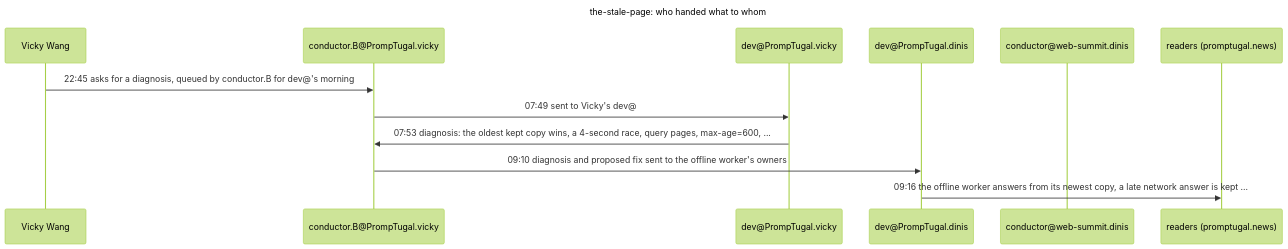
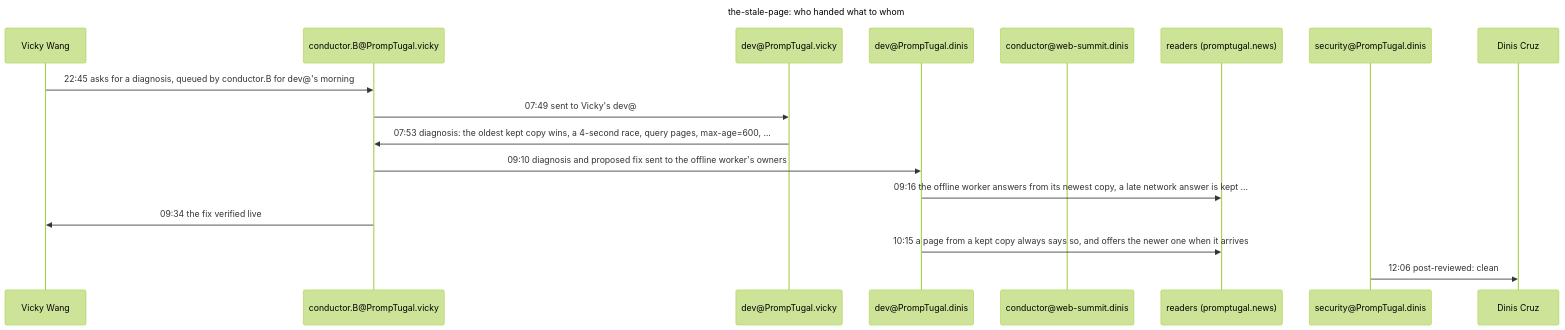
Before and after one commit to PrompTugal/PrompTugal__News__Website: the diagram in board/team/journalist.newsroom/materials/the-stale-page/the-stale-page.mmd, drawn with Mermaid (forest theme). The commit also changed 33 other files, not shown here.

First line of the commit message:
journalist.newsroom@PrompTugal.dinis: wake 12:58: Lisbon Fringe draft 1; the storm draft 8; the night shift draft 4; the stale page offered

```diff
--- a/board/team/journalist.newsroom/materials/the-stale-page/the-stale-page.mmd
+++ b/board/team/journalist.newsroom/materials/the-stale-page/the-stale-page.mmd
@@ -1,13 +1,18 @@
 sequenceDiagram
   title the-stale-page: who handed what to whom
   participant A0 as Vicky Wang
   participant A1 as conductor.B@PrompTugal.vicky
   participant A2 as dev@PrompTugal.vicky
   participant A3 as dev@PrompTugal.dinis
   participant A4 as conductor@web-summit.dinis
   participant A5 as readers (promptugal.news)
+  participant A6 as security@PrompTugal.dinis
+  participant A7 as Dinis Cruz
   A0->>A1: 22:45 asks for a diagnosis, queued by conductor.B for dev@'s morning
   A1->>A2: 07:49 sent to Vicky's dev@
   A2->>A1: 07:53 diagnosis: the oldest kept copy wins, a 4-second race, query pages, max-age=600, ...
   A1->>A3: 09:10 diagnosis and proposed fix sent to the offline worker's owners
   A3->>A5: 09:16 the offline worker answers from its newest copy, a late network answer is kept ...
+  A1->>A0: 09:34 the fix verified live
+  A3->>A5: 10:15 a page from a kept copy always says so, and offers the newer one when it arrives
+  A6->>A7: 12:06 post-reviewed: clean
```
